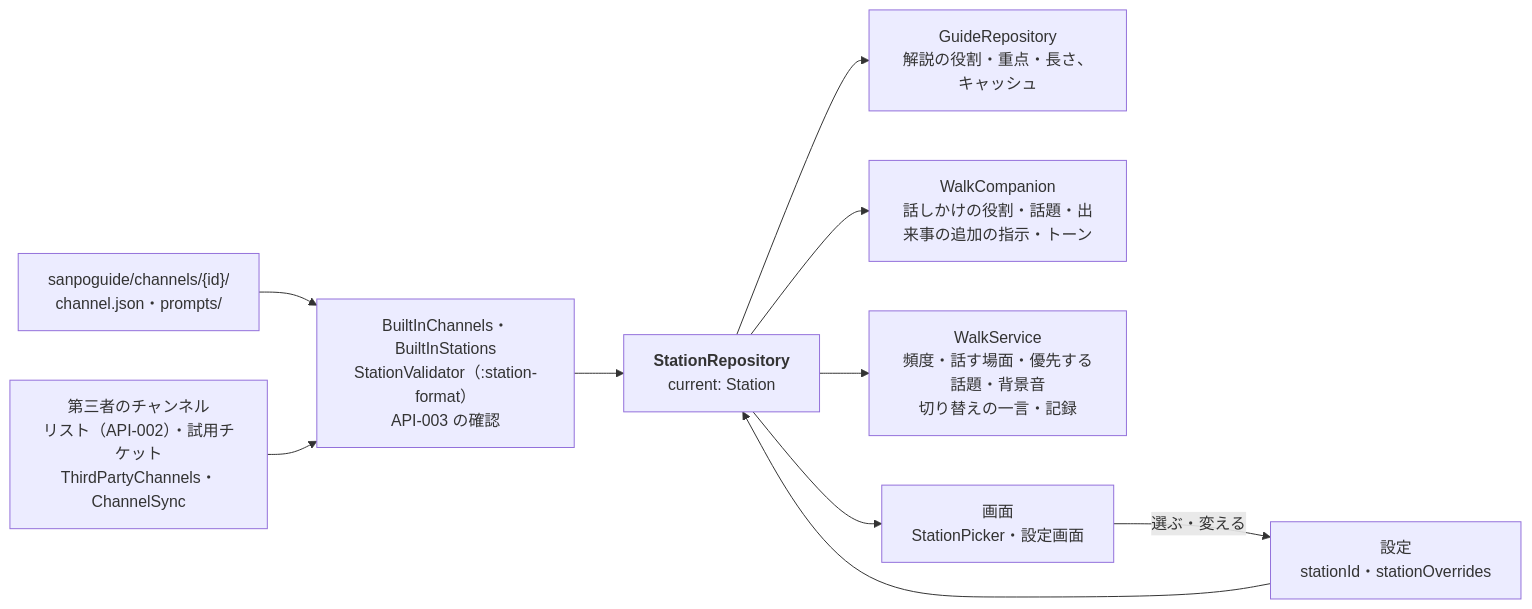
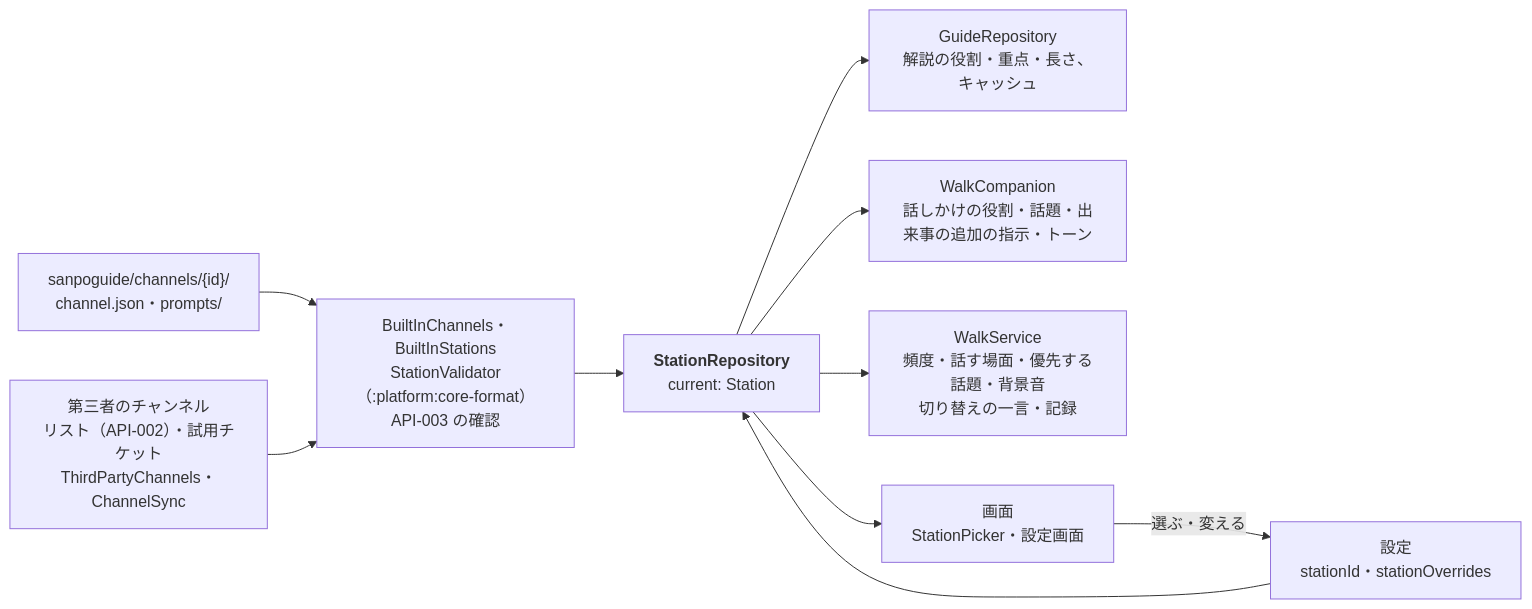
One commit to duwenji/yorisoi-sanpoguide changed the seventh of 8 diagrams in docs/architecture.md. Above: the diagram before and after it, drawn with Mermaid. The commit also changed other lines of this file and 170 other files, not shown here.

First line of the commit message:
refactor: station-format を core-format・core-prompt・プロンプト・パックに分ける（RFC-002 手順 1）

````diff
--- a/docs/architecture.md
+++ b/docs/architecture.md
@@ -223,12 +223,12 @@
 ```mermaid
 flowchart LR
-  Assets["sanpoguide/channels/{id}/<br/>channel.json・prompts/"] --> Check["BuiltInChannels・BuiltInStations<br/>StationValidator（:station-format）<br/>API-003 の確認"]
+  Assets["sanpoguide/channels/{id}/<br/>channel.json・prompts/"] --> Check["BuiltInChannels・BuiltInStations<br/>StationValidator（:platform:core-format）<br/>API-003 の確認"]
   ThirdParty["第三者のチャンネル<br/>リスト（API-002）・試用チケット<br/>ThirdPartyChannels・ChannelSync"] --> Check
   Check --> Repo["<b>StationRepository</b><br/>current: Station"]
   Settings["設定<br/>stationId・stationOverrides"] --> Repo
   Repo --> Guide["GuideRepository<br/>解説の役割・重点・長さ、キャッシュ"]
   Repo --> Companion["WalkCompanion<br/>話しかけの役割・話題・出来事の追加の指示・トーン"]
   Repo --> Walk["WalkService<br/>頻度・話す場面・優先する話題・背景音<br/>切り替えの一言・記録"]
   Repo --> Screens["画面<br/>StationPicker・設定画面"]
   Screens -- "選ぶ・変える" --> Settings
 ```
````
